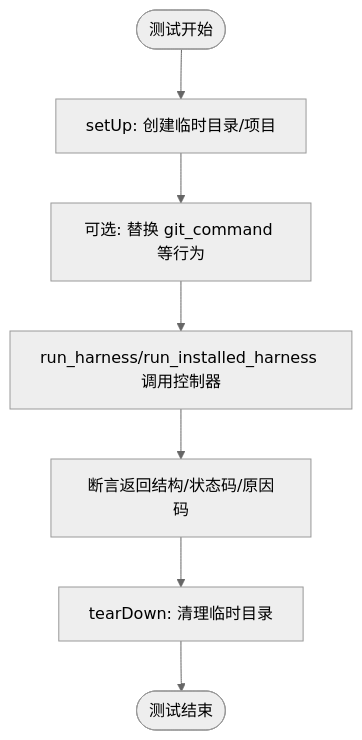
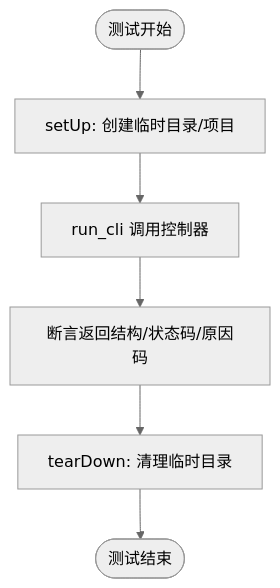
Before and after one commit to HackSing/docs-harness: the third of 4 diagrams in .qoder/repowiki/zh/content/开发者指南/测试策略.md, drawn with Mermaid (neutral theme). The commit also changed other lines of this file and 42 other files, not shown here.

````diff
--- a/.qoder/repowiki/zh/content/开发者指南/测试策略.md
+++ b/.qoder/repowiki/zh/content/开发者指南/测试策略.md
@@ -139,9 +132,8 @@
 ```mermaid
 flowchart TD
 Start(["测试开始"]) --> Setup["setUp: 创建临时目录/项目"]
-Setup --> Mock["可选: 替换 git_command 等行为"]
-Mock --> RunCLI["run_harness/run_installed_harness 调用控制器"]
+Setup --> RunCLI["run_cli 调用控制器"]
 RunCLI --> Assert["断言返回结构/状态码/原因码"]
 Assert --> Teardown["tearDown: 清理临时目录"]
 Teardown --> End(["测试结束"])
 ```
````
